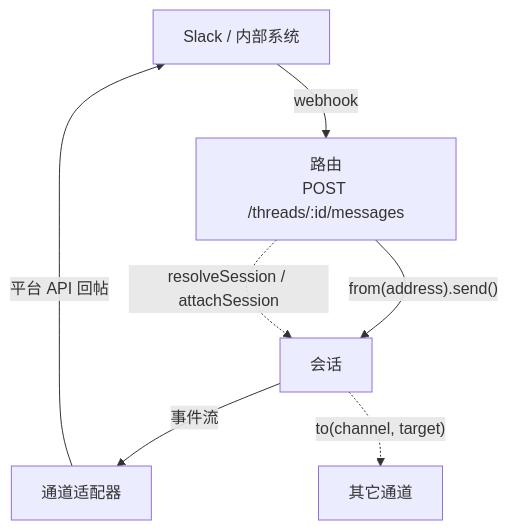
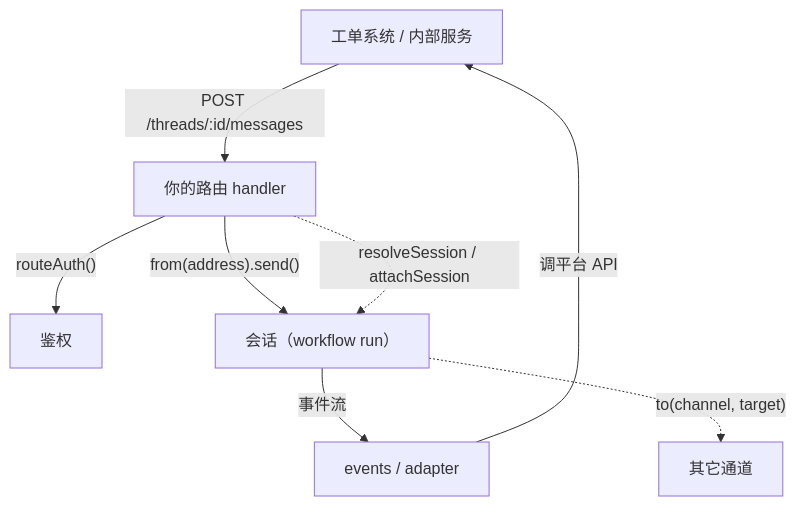
One commit to tangxusc/eve-tutorial-zh changed the diagram in 14-channels.md. Above: the diagram before and after it, drawn with Mermaid. The commit also changed other lines of this file and 13 other files, not shown here.

````diff
--- a/14-channels.md
+++ b/14-channels.md
@@ -291,9 +302,10 @@
 ```mermaid
 flowchart TD
-  P["Slack / 内部系统"] -->|"webhook"| RT["路由<br/>POST /threads/:id/messages"]
-  RT -->|"from(address).send()"| SE["会话"]
-  SE -->|"事件流"| AD["通道适配器"]
-  AD -->|"平台 API 回帖"| P
+  P["工单系统 / 内部服务"] -->|"POST /threads/:id/messages"| RT["你的路由 handler"]
+  RT -->|"routeAuth()"| A["鉴权"]
+  RT -->|"from(address).send()"| SE["会话（workflow run）"]
+  SE -->|"事件流"| AD["events / adapter"]
+  AD -->|"调平台 API"| P
   RT -.->|"resolveSession / attachSession"| SE
   SE -.->|"to(channel, target)"| O["其它通道"]
 ```
````
